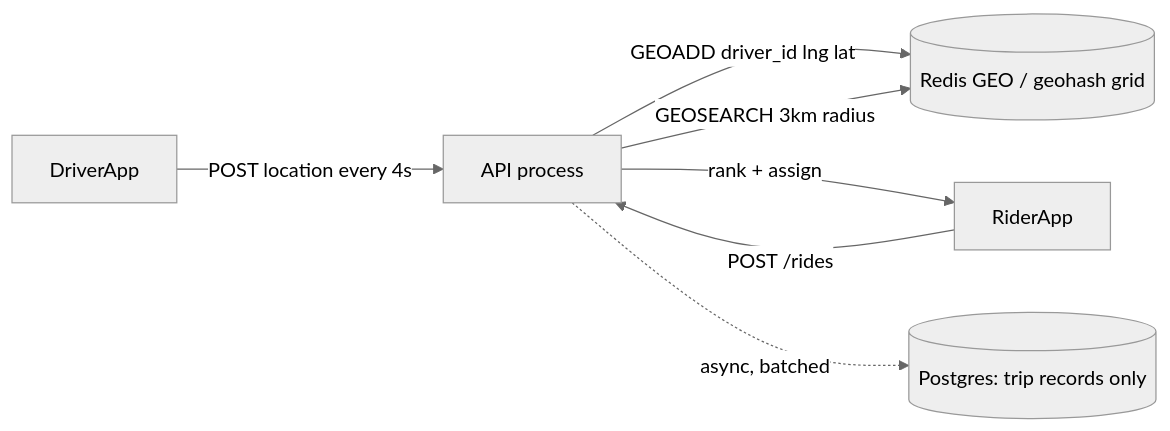
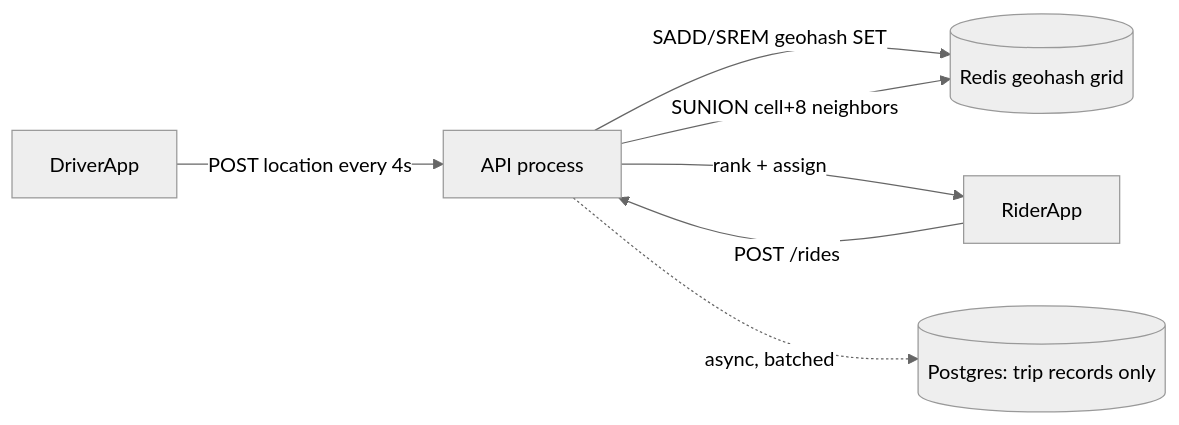
The second of 4 diagrams in docs/system-design-exercises/ride-hailing.md (sanketn26/interview-prep), drawn with Mermaid (neutral theme) before and after one commit. The commit also changed other lines of this file and 93 other files, not shown here.

````diff
--- a/docs/system-design-exercises/ride-hailing.md
+++ b/docs/system-design-exercises/ride-hailing.md
@@ -235,9 +239,9 @@
 ```mermaid
 graph LR
     DriverApp -->|POST location every 4s| API[API process]
-    API -->|GEOADD driver_id lng lat| Geo[(Redis GEO / geohash grid)]
+    API -->|SADD/SREM geohash SET| Geo[(Redis geohash grid)]
     RiderApp -->|POST /rides| API
-    API -->|GEOSEARCH 3km radius| Geo
+    API -->|SUNION cell+8 neighbors| Geo
     API -->|rank + assign| RiderApp
     API -.->|async, batched| PG[(Postgres: trip records only)]
 ```
````
